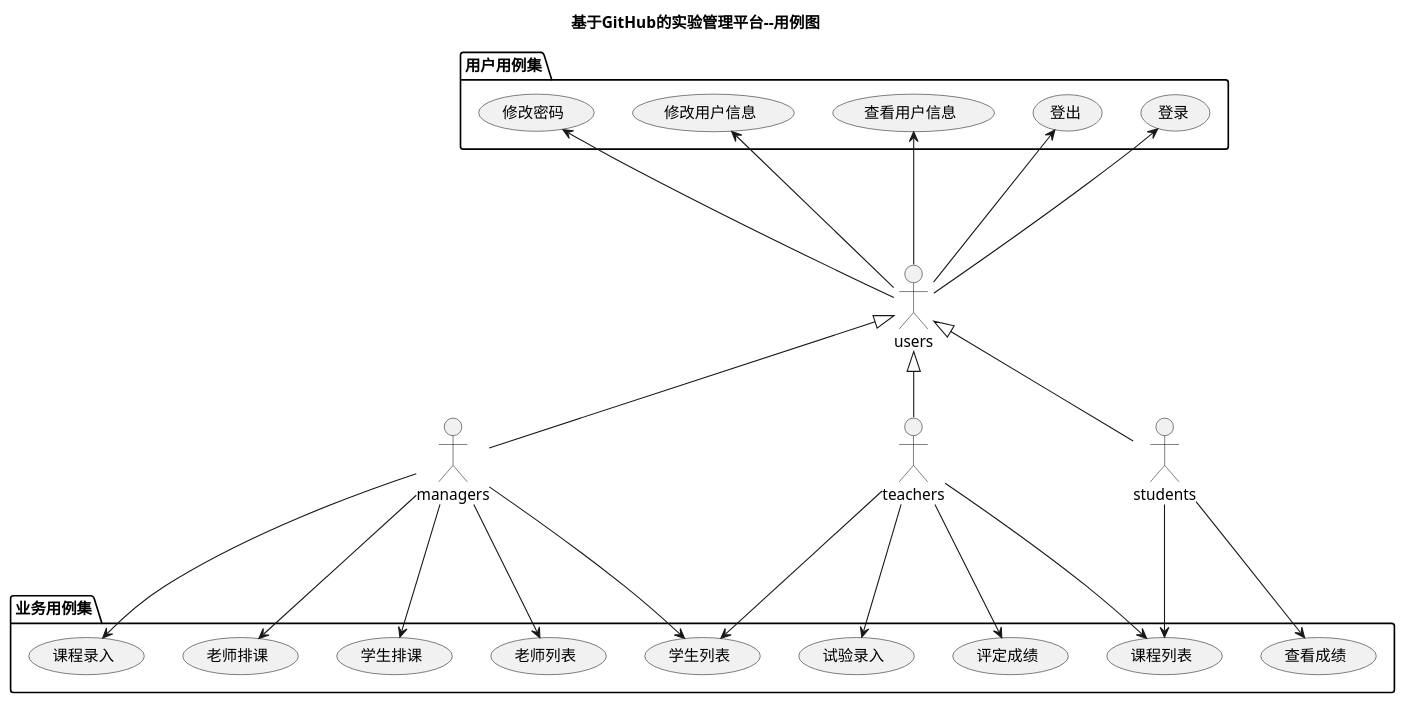
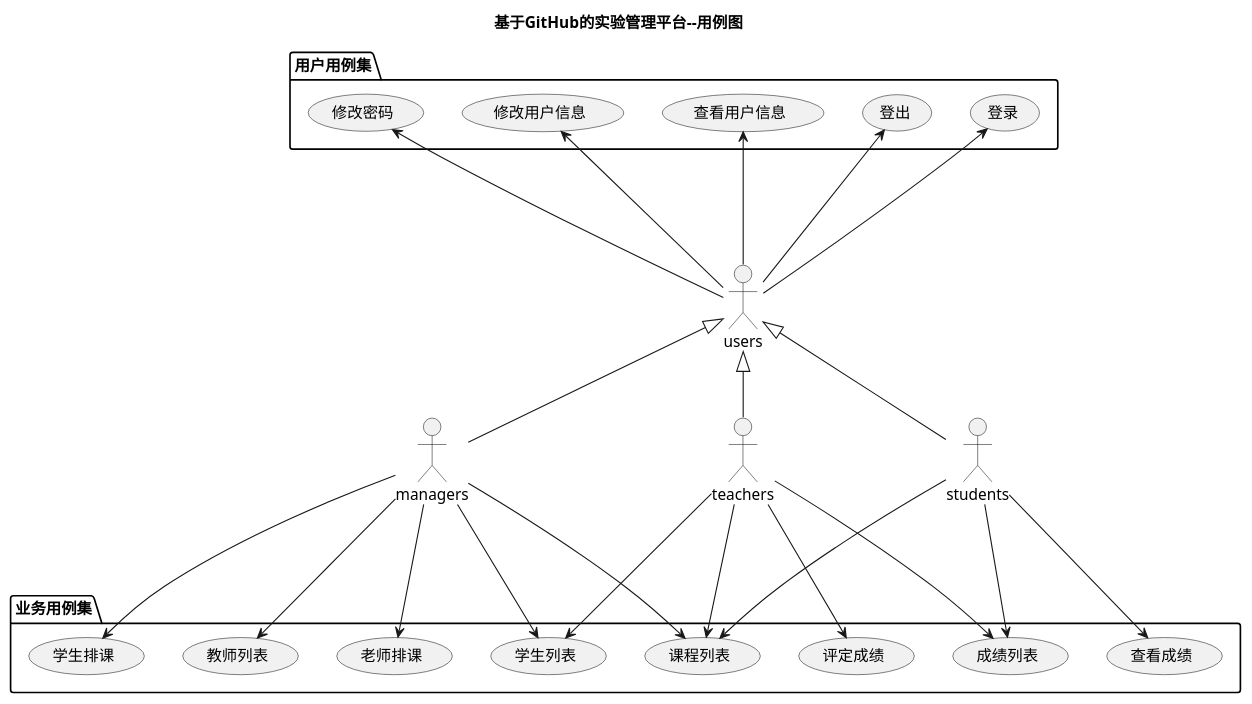
Before and after one commit to zqiheng/is_analysis: the diagram in test6/src/UseCase.puml, drawn with PlantUML. The commit also changed 406 other files, not shown here.

```diff
--- a/test6/src/UseCase.puml
+++ b/test6/src/UseCase.puml
@@ -1,38 +1,38 @@
 @startuml
 title 基于GitHub的实验管理平台--用例图
 
 actor users
 actor managers
 actor teachers
 actor students
 
 users <|-- teachers
 users <|-- students
 users <|-- managers
 
 package 用户用例集 {
 users --up-> (登录)
 users --up-> (登出)
 users --up-> (查看用户信息)
 users --up-> (修改用户信息)
 users --up-> (修改密码)
 }
 
 package 业务用例集 {
-managers ---> (课程录入)
 managers ---> (老师排课)
 managers ---> (学生排课)
-managers ---> (老师列表)
+managers ---> (教师列表)
 managers ---> (学生列表)
+managers ---> (课程列表)
 
-teachers ---> (试验录入)
 teachers ---> (评定成绩)
 teachers ---> (学生列表)
 teachers ---> (课程列表)
+teachers ---> (成绩列表)
 
+students ---> (成绩列表)
+students ---> (课程列表)
 students ---> (查看成绩)
-students ---> (课程列表)
-
 }
 
 @enduml
```
